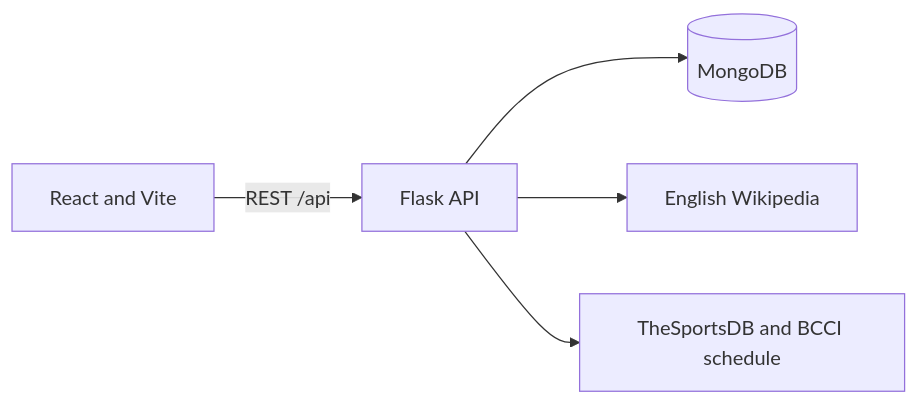
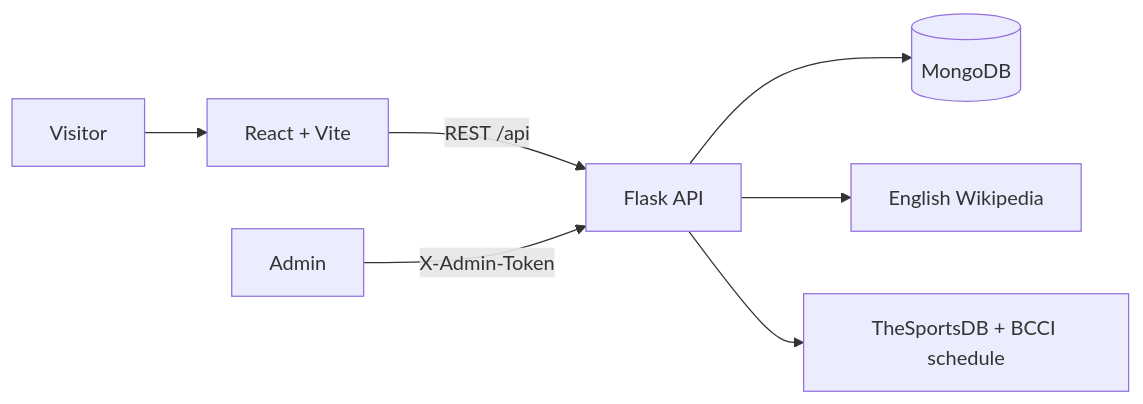
One commit to Arunava45dev/Indian-sports-portfolio changed the diagram in README.md. Above: the diagram before and after it, drawn with Mermaid. The commit also changed other lines of this file, not shown here.

````diff
--- a/README.md
+++ b/README.md
@@ -18,7 +62,9 @@
 ```mermaid
 flowchart LR
-    Browser[React and Vite] -->|REST /api| API[Flask API]
-    API --> Mongo[(MongoDB)]
-    API --> Wiki[English Wikipedia]
-    API --> Sports[TheSportsDB and BCCI schedule]
+    V[Visitor] --> UI[React + Vite]
+    UI -->|REST /api| API[Flask API]
+    API --> DB[(MongoDB)]
+    API --> W[English Wikipedia]
+    API --> S[TheSportsDB + BCCI schedule]
+    A[Admin] -->|X-Admin-Token| API
 ```
````
